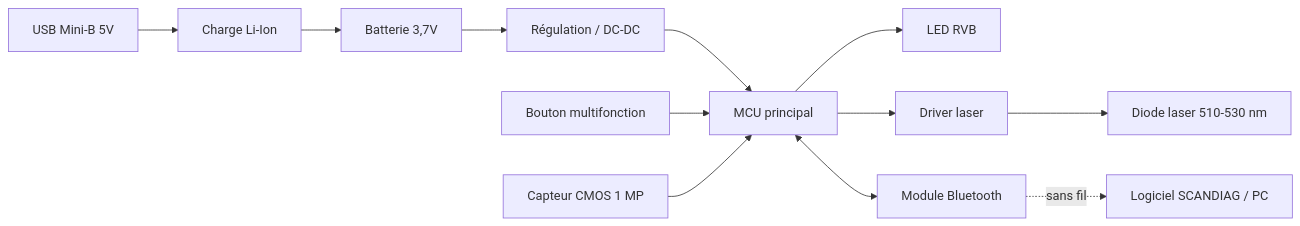
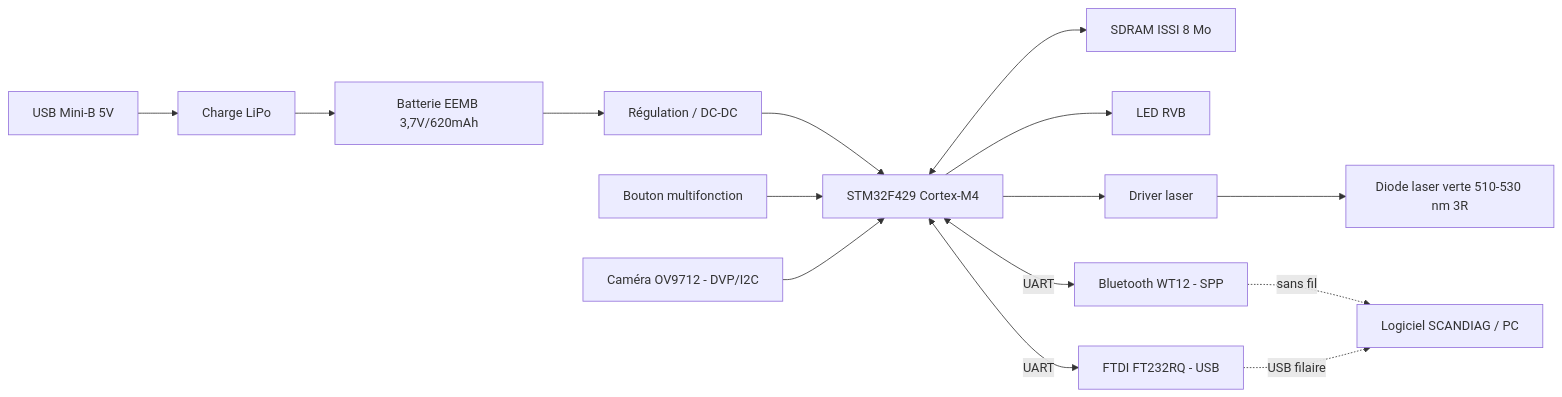
Before and after one commit to zharrow/facom-dx-tscan-pb: the first of 2 diagrams in Dossier-Rendu-FACOM.md, drawn with Mermaid. The commit also changed other lines of this file, not shown here.

````diff
--- a/Dossier-Rendu-FACOM.md
+++ b/Dossier-Rendu-FACOM.md
@@ -113,13 +119,16 @@
 ```mermaid
 flowchart LR
-  USB[USB Mini-B 5V] --> CHG[Charge Li-Ion]
-  CHG --> BAT[Batterie 3,7V]
+  USB[USB Mini-B 5V] --> CHG[Charge LiPo]
+  CHG --> BAT[Batterie EEMB 3,7V/620mAh]
   BAT --> PWR[Régulation / DC-DC]
-  PWR --> MCU[MCU principal]
+  PWR --> MCU[STM32F429 Cortex-M4]
+  MCU <--> SDR[SDRAM ISSI 8 Mo]
   BTN[Bouton multifonction] --> MCU
   MCU --> LED[LED RVB]
-  MCU --> DRV[Driver laser] --> LASER[Diode laser 510-530 nm]
-  CAM[Capteur CMOS 1 MP] --> MCU
-  MCU <--> BT[Module Bluetooth]
+  MCU --> DRV[Driver laser] --> LASER[Diode laser verte 510-530 nm 3R]
+  CAM[Caméra OV9712 - DVP/I2C] --> MCU
+  MCU <-->|UART| BT[Bluetooth WT12 - SPP]
+  MCU <-->|UART| FTDI[FTDI FT232RQ - USB]
   BT -. sans fil .-> PC[Logiciel SCANDIAG / PC]
+  FTDI -. USB filaire .-> PC
 ```
````
